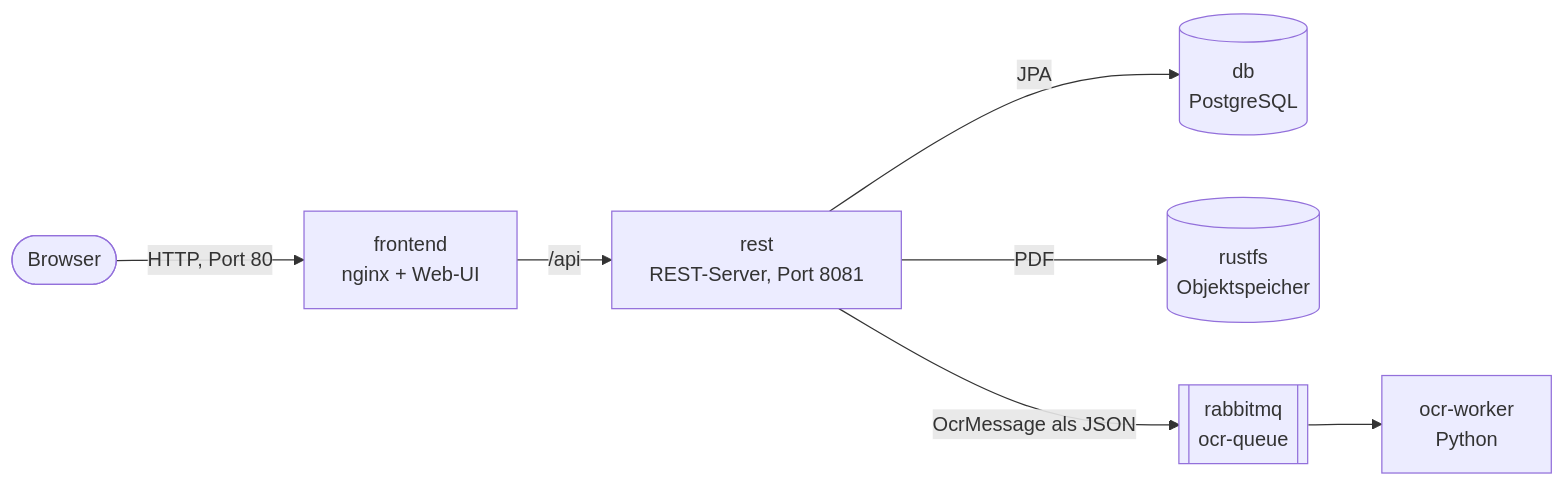
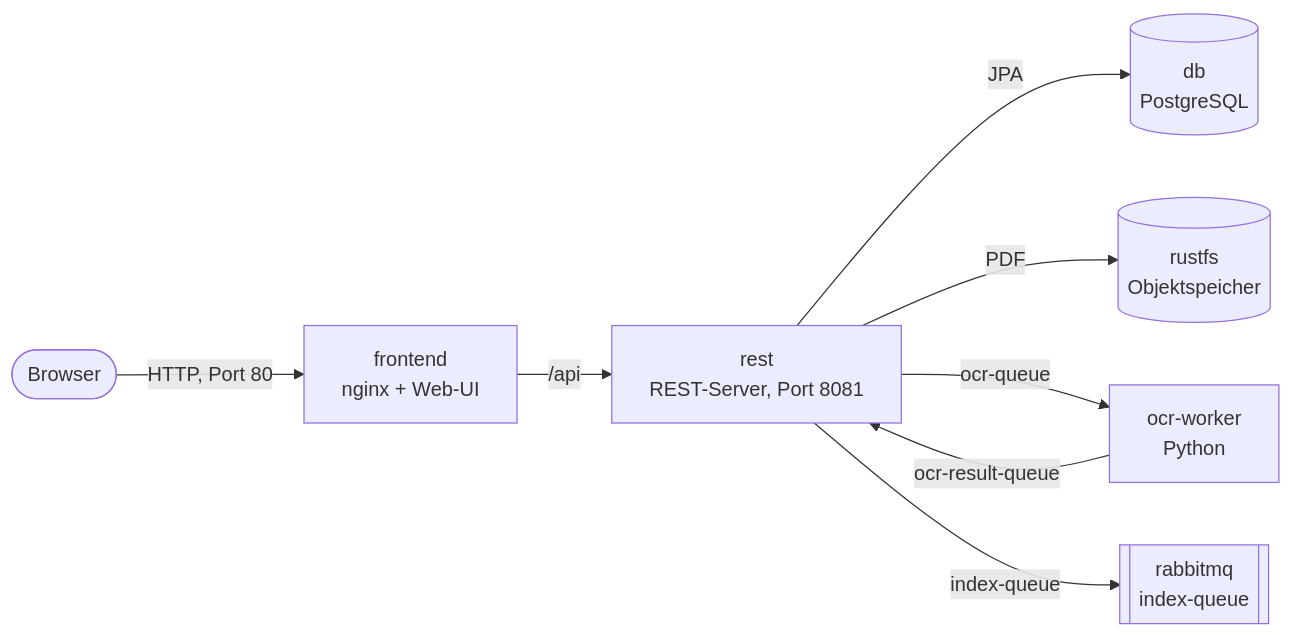
One commit to PrawdaMax/DocumentManagementSystem changed the diagram in README.md. Above: the diagram before and after it, drawn with Mermaid. The commit also changed other lines of this file and 21 other files, not shown here.

````diff
--- a/README.md
+++ b/README.md
@@ -15,9 +15,10 @@
 ```mermaid
 flowchart LR
     browser([Browser]) -->|HTTP, Port 80| frontend["frontend<br/>nginx + Web-UI"]
     frontend -->|/api| rest["rest<br/>REST-Server, Port 8081"]
     rest -->|JPA| db[("db<br/>PostgreSQL")]
     rest -->|PDF| rustfs[("rustfs<br/>Objektspeicher")]
-    rest -->|OcrMessage als JSON| queue[["rabbitmq<br/>ocr-queue"]]
-    queue --> worker["ocr-worker<br/>Python"]
+    rest -->|ocr-queue| worker["ocr-worker<br/>Python"]
+    worker -->|ocr-result-queue| rest
+    rest -->|index-queue| index[["rabbitmq<br/>index-queue"]]
 ```
````
